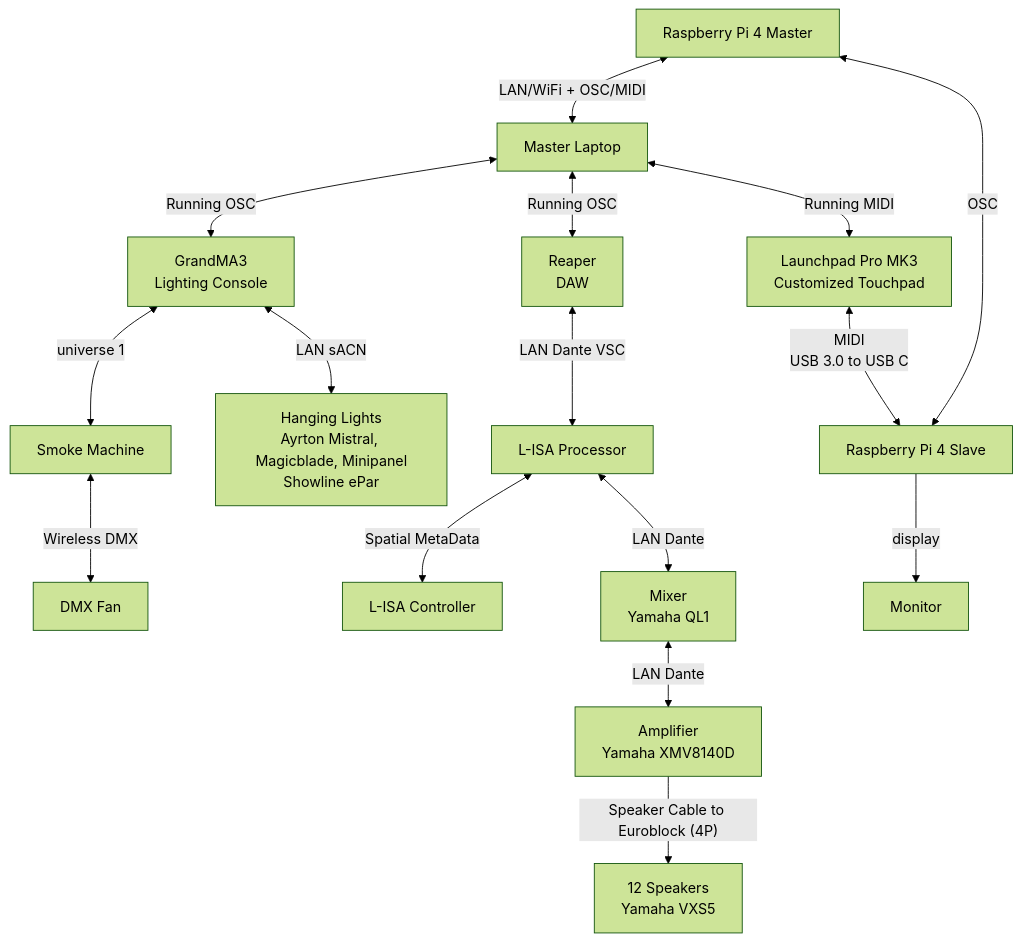
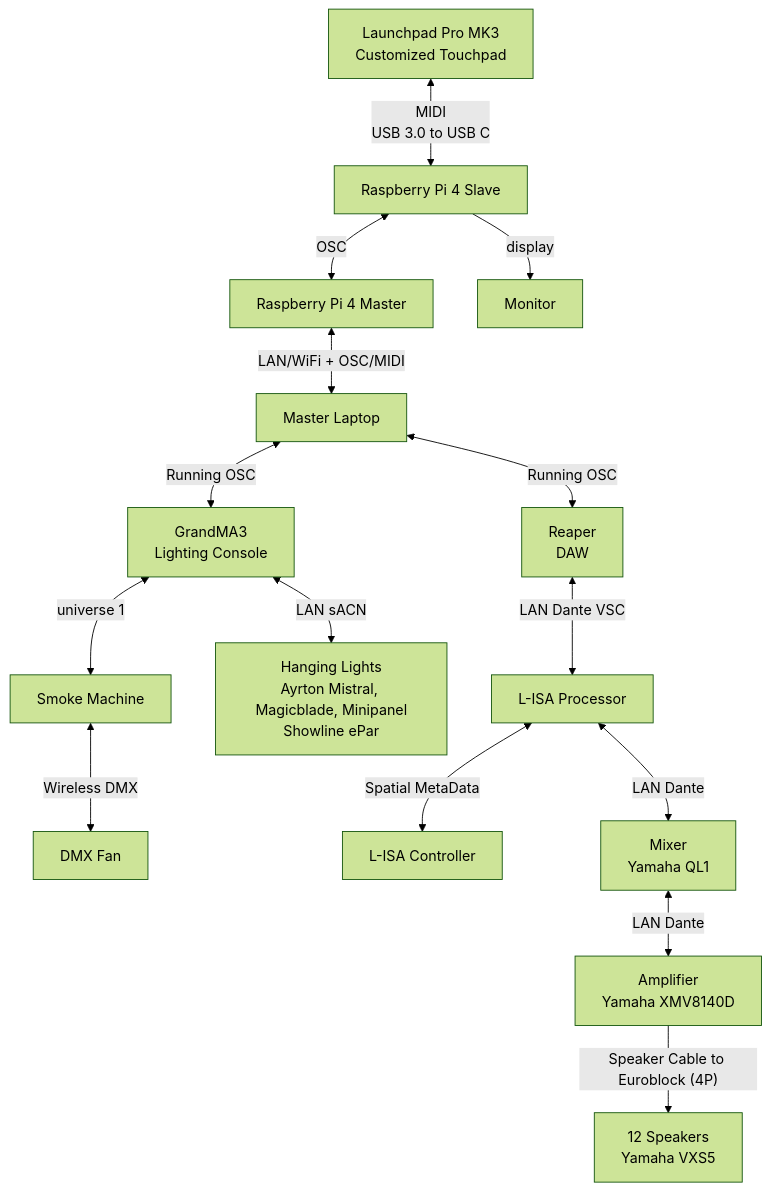
One commit to uselesskcid/EGL314-Project-S.O.N.I.C-Team-C- changed the diagram in Documentation/SystemDiagram.md. Above: the diagram before and after it, drawn with Mermaid (forest theme).

````diff
--- a/Documentation/SystemDiagram.md
+++ b/Documentation/SystemDiagram.md
@@ -2,24 +2,22 @@
 ```mermaid
 graph TD
 A[Raspberry Pi 4 Master] <--LAN/WiFi + OSC/MIDI --> B[Master Laptop]
 
 B <--Running OSC--> C[Reaper DAW]
 B <--Running OSC--> D[GrandMA3<br>Lighting Console]
-B <--Running MIDI--> K[Launchpad Pro MK3<br>Customized Touchpad]
-
 
 C[Reaper<br>DAW] <--LAN Dante VSC --> F[L-ISA Processor]
 
 D <--LAN sACN--> E[Hanging Lights<br>Ayrton Mistral, Magicblade, Minipanel<br>Showline ePar]
 D <--universe 1--> M[Smoke Machine]
 M <--Wireless DMX--> N[DMX Fan]
 
 F <--Spatial MetaData--> G[L-ISA Controller]
 F <--LAN Dante--> H[Mixer<br>Yamaha QL1]
 H <--LAN Dante--> I[Amplifier<br>Yamaha XMV8140D]
 I --Speaker Cable to Euroblock (4P)--> J[12 Speakers<br>Yamaha VXS5]
 
-K <--MIDI<br>USB 3.0 to USB C--> L[Raspberry Pi 4 Slave]
+K[Launchpad Pro MK3<br>Customized Touchpad] <--MIDI<br>USB 3.0 to USB C--> L[Raspberry Pi 4 Slave]
 L --display--> O[Monitor]
 L <--OSC--> A 
 ```
````
